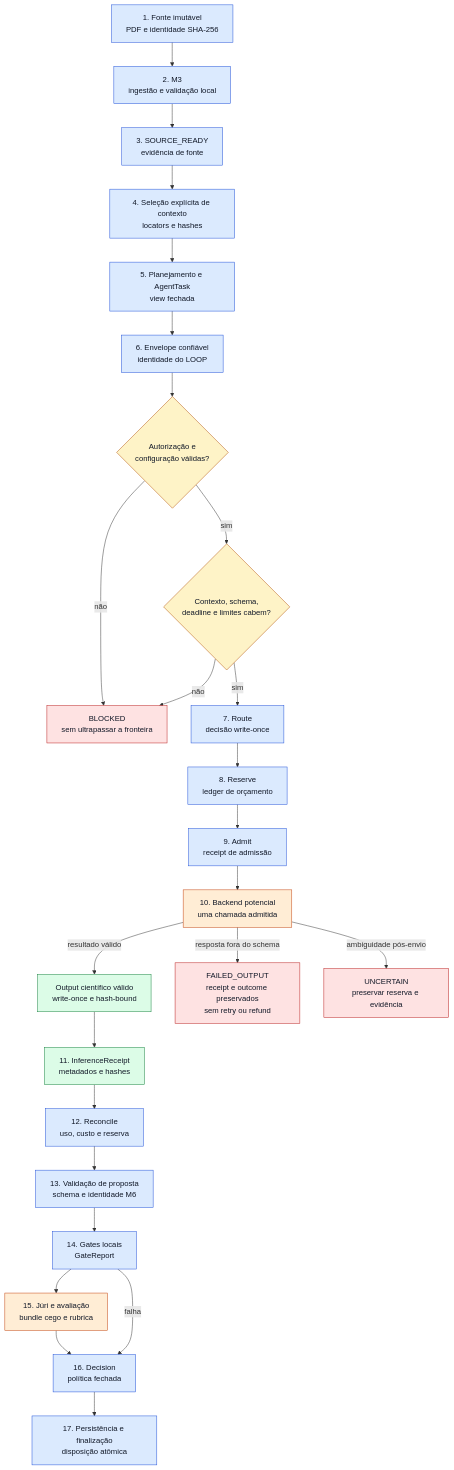
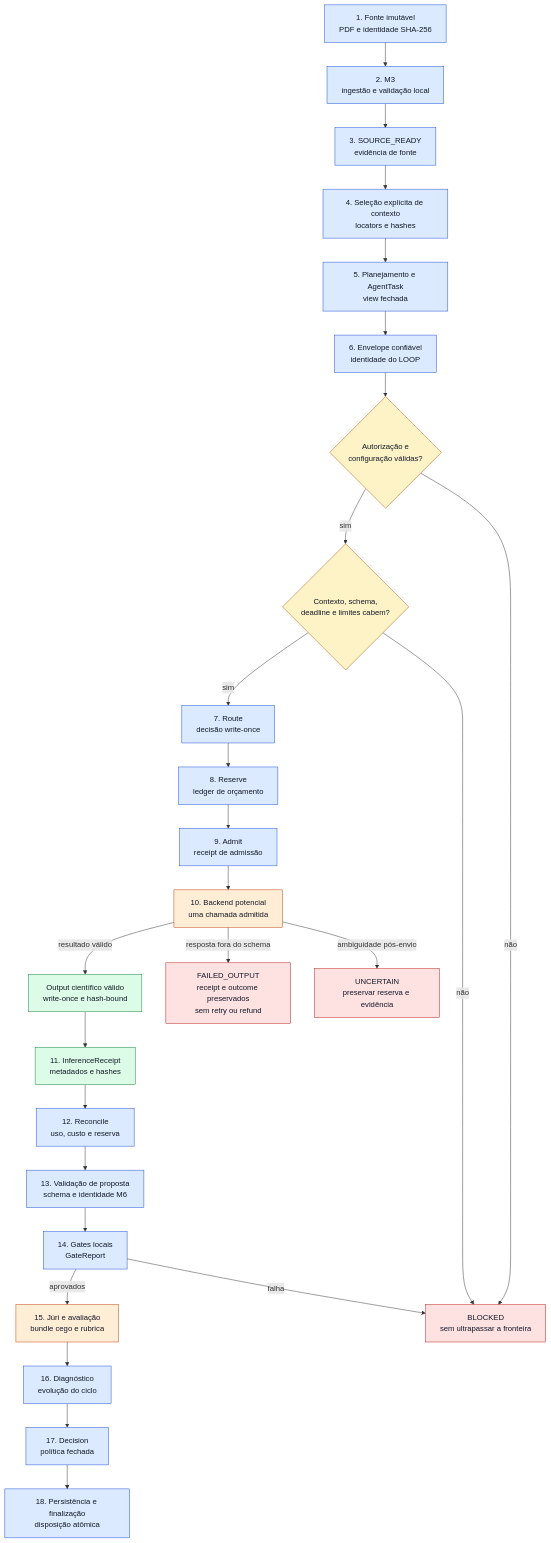
The fourth of 5 diagrams in README.md (Walc21/LOOP-PRIMER), drawn with Mermaid before and after one commit. The commit also changed other lines of this file and 29 other files, not shown here.

First line of the commit message:
feat(mvp): integrate local Ollama cycle and Qwen jury evidence

````diff
--- a/README.md
+++ b/README.md
@@ -326,48 +326,50 @@
 ```mermaid
 flowchart TB
     SRC["1. Fonte imutável<br/>PDF e identidade SHA-256"]
     M3["2. M3<br/>ingestão e validação local"]
     READY["3. SOURCE_READY<br/>evidência de fonte"]
     SELECT["4. Seleção explícita de contexto<br/>locators e hashes"]
     PLAN["5. Planejamento e AgentTask<br/>view fechada"]
     ENVELOPE["6. Envelope confiável<br/>identidade do LOOP"]
     AUTH{"Autorização e<br/>configuração válidas?"}
     PREFLIGHT{"Contexto, schema,<br/>deadline e limites cabem?"}
     ROUTE["7. Route<br/>decisão write-once"]
     RESERVE["8. Reserve<br/>ledger de orçamento"]
     ADMIT["9. Admit<br/>receipt de admissão"]
     BACKEND["10. Backend potencial<br/>uma chamada admitida"]
     OUTPUT["Output científico válido<br/>write-once e hash-bound"]
     RECEIPT["11. InferenceReceipt<br/>metadados e hashes"]
     RECON["12. Reconcile<br/>uso, custo e reserva"]
     VALIDATE["13. Validação de proposta<br/>schema e identidade M6"]
     GATES["14. Gates locais<br/>GateReport"]
     JURY["15. Júri e avaliação<br/>bundle cego e rubrica"]
-    DECIDE["16. Decision<br/>política fechada"]
-    FINAL["17. Persistência e finalização<br/>disposição atômica"]
+    DIAG["16. Diagnóstico<br/>evolução do ciclo"]
+    DECIDE["17. Decision<br/>política fechada"]
+    FINAL["18. Persistência e finalização<br/>disposição atômica"]
     BLOCK["BLOCKED<br/>sem ultrapassar a fronteira"]
     FAILED["FAILED_OUTPUT<br/>receipt e outcome preservados<br/>sem retry ou refund"]
     UNCERTAIN["UNCERTAIN<br/>preservar reserva e evidência"]
 
     SRC --> M3 --> READY --> SELECT --> PLAN --> ENVELOPE --> AUTH
     AUTH -->|não| BLOCK
     AUTH -->|sim| PREFLIGHT
     PREFLIGHT -->|não| BLOCK
     PREFLIGHT -->|sim| ROUTE --> RESERVE --> ADMIT --> BACKEND
     BACKEND -->|resultado válido| OUTPUT --> RECEIPT --> RECON --> VALIDATE
     BACKEND -->|resposta fora do schema| FAILED
     BACKEND -->|ambiguidade pós-envio| UNCERTAIN
-    VALIDATE --> GATES --> JURY --> DECIDE --> FINAL
-    GATES -->|falha| DECIDE
+    VALIDATE --> GATES
+    GATES -->|aprovados| JURY --> DIAG --> DECIDE --> FINAL
+    GATES -->|falha| BLOCK
 
     classDef local fill:#dbeafe,stroke:#1d4ed8,color:#111827;
     classDef auth fill:#fef3c7,stroke:#b45309,color:#111827;
     classDef infer fill:#ffedd5,stroke:#c2410c,color:#111827;
     classDef evidence fill:#dcfce7,stroke:#15803d,color:#111827;
     classDef blocked fill:#fee2e2,stroke:#b91c1c,color:#111827;
-    class SRC,M3,READY,SELECT,PLAN,ENVELOPE,ROUTE,RESERVE,ADMIT,RECON,VALIDATE,GATES,DECIDE,FINAL local;
+    class SRC,M3,READY,SELECT,PLAN,ENVELOPE,ROUTE,RESERVE,ADMIT,RECON,VALIDATE,GATES,DIAG,DECIDE,FINAL local;
     class AUTH,PREFLIGHT auth;
     class BACKEND,JURY infer;
     class OUTPUT,RECEIPT evidence;
     class BLOCK,FAILED,UNCERTAIN blocked;
 ```
````
